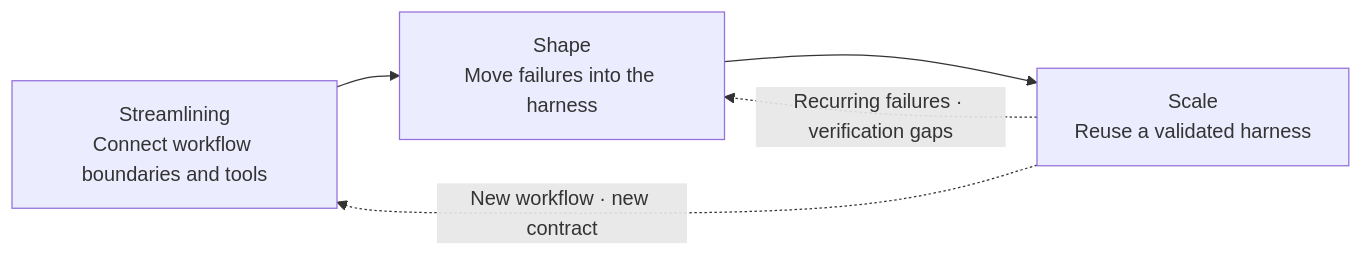
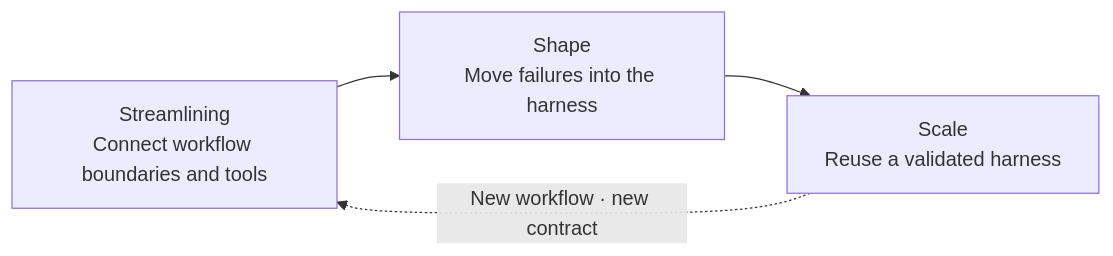
The diagram in _en/2026-06-15-organizational-ai-adoption-3s.md (haandol/haandol.github.com), drawn with Mermaid before and after one commit. The commit also changed other lines of this file and 3 other files, not shown here.

````diff
--- a/_en/2026-06-15-organizational-ai-adoption-3s.md
+++ b/_en/2026-06-15-organizational-ai-adoption-3s.md
@@ -94,7 +90,6 @@
 ```mermaid
 flowchart LR
     S1["Streamlining<br/>Connect workflow boundaries and tools"] --> S2["Shape<br/>Move failures into the harness"]
     S2 --> S3["Scale<br/>Reuse a validated harness"]
-    S3 -. "Recurring failures · verification gaps" .-> S2
     S3 -. "New workflow · new contract" .-> S1
 ```
````
